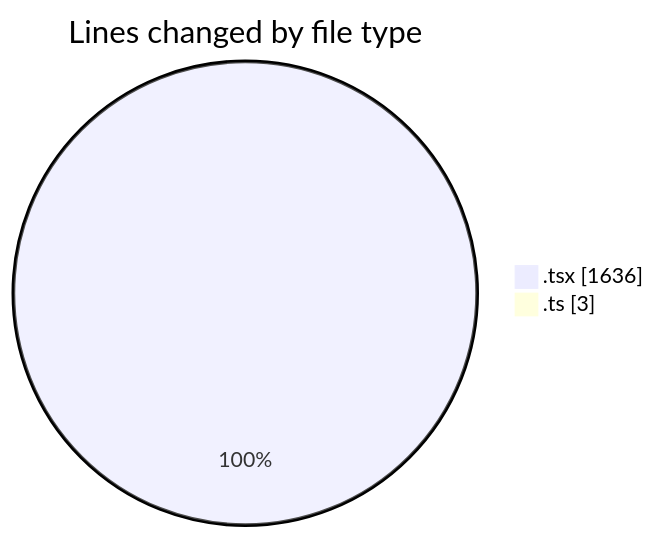
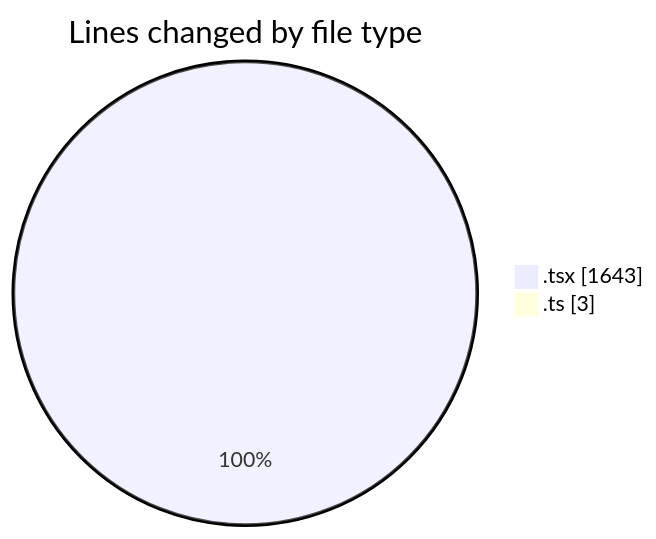
The first of 2 diagrams in 2025-02-12/cda/README.md (momahboobian/code-tracking), drawn with Mermaid before and after one commit. The commit also changed other lines of this file and 1 other file, not shown here.

````diff
--- a/2025-02-12/cda/README.md
+++ b/2025-02-12/cda/README.md
@@ -23,6 +23,6 @@
 ```mermaid
 pie showData
 title Lines changed by file type
-".tsx" : 1636
+".tsx" : 1643
 ".ts" : 3
 ```
````
